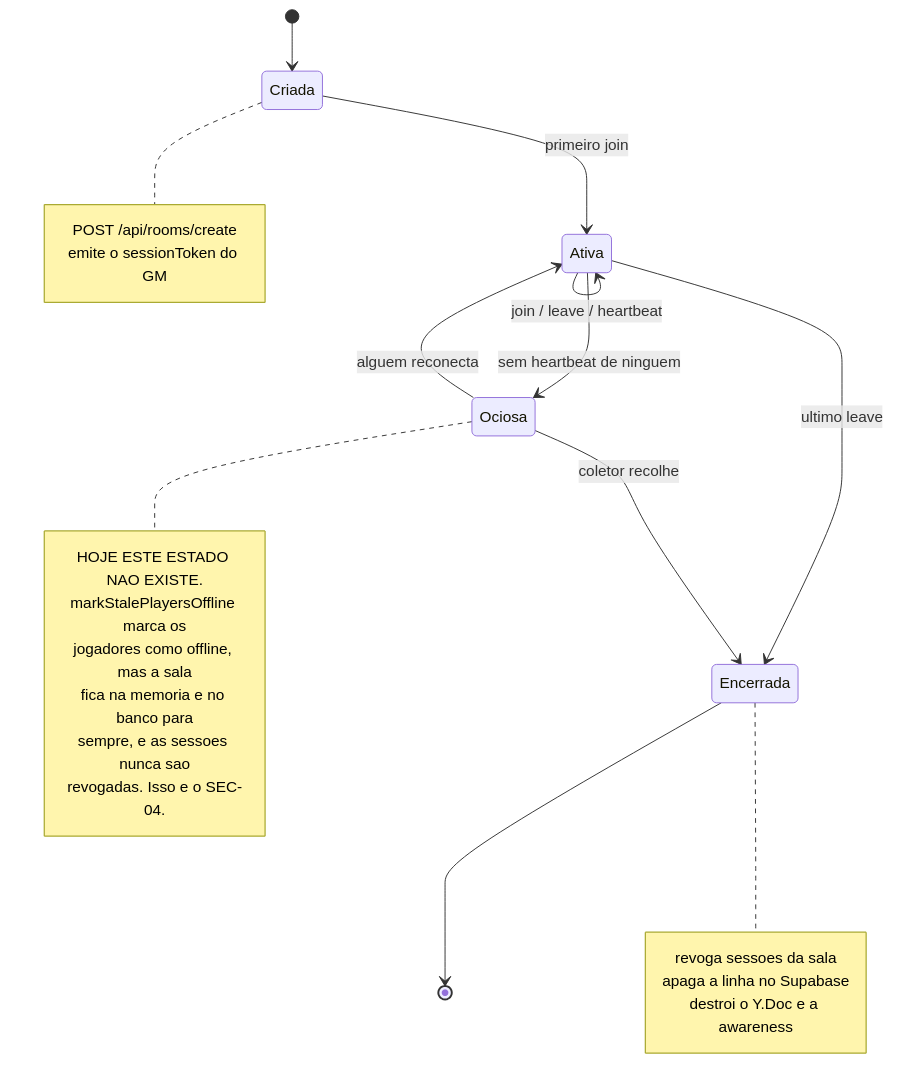
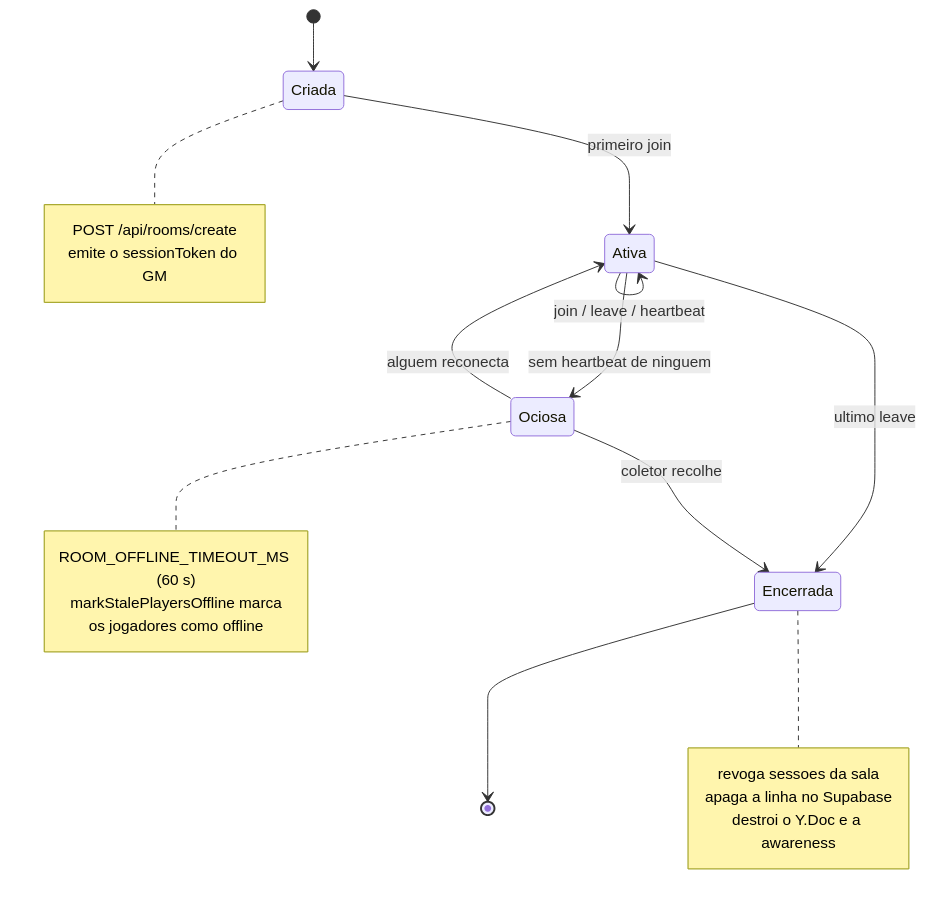
One commit to tavinholoco/NetsheetEngine changed the second of 4 diagrams in docs/ARQUITETURA.md. Above: the diagram before and after it, drawn with Mermaid. The commit also changed other lines of this file and 5 other files, not shown here.

````diff
--- a/docs/ARQUITETURA.md
+++ b/docs/ARQUITETURA.md
@@ -92,31 +92,28 @@
 ```mermaid
 stateDiagram-v2
     [*] --> Criada
     Criada --> Ativa: primeiro join
     Ativa --> Ativa: join / leave / heartbeat
     Ativa --> Ociosa: sem heartbeat de ninguem
     Ociosa --> Ativa: alguem reconecta
     Ativa --> Encerrada: ultimo leave
     Ociosa --> Encerrada: coletor recolhe
     Encerrada --> [*]
 
     note right of Criada
         POST /api/rooms/create
         emite o sessionToken do GM
     end note
 
     note right of Ociosa
-        HOJE ESTE ESTADO NAO EXISTE.
-        markStalePlayersOffline marca os
-        jogadores como offline, mas a sala
-        fica na memoria e no banco para
-        sempre, e as sessoes nunca sao
-        revogadas. Isso e o SEC-04.
+        ROOM_OFFLINE_TIMEOUT_MS (60 s)
+        markStalePlayersOffline marca
+        os jogadores como offline
     end note
 
     note right of Encerrada
         revoga sessoes da sala
         apaga a linha no Supabase
         destroi o Y.Doc e a awareness
     end note
 ```
````
